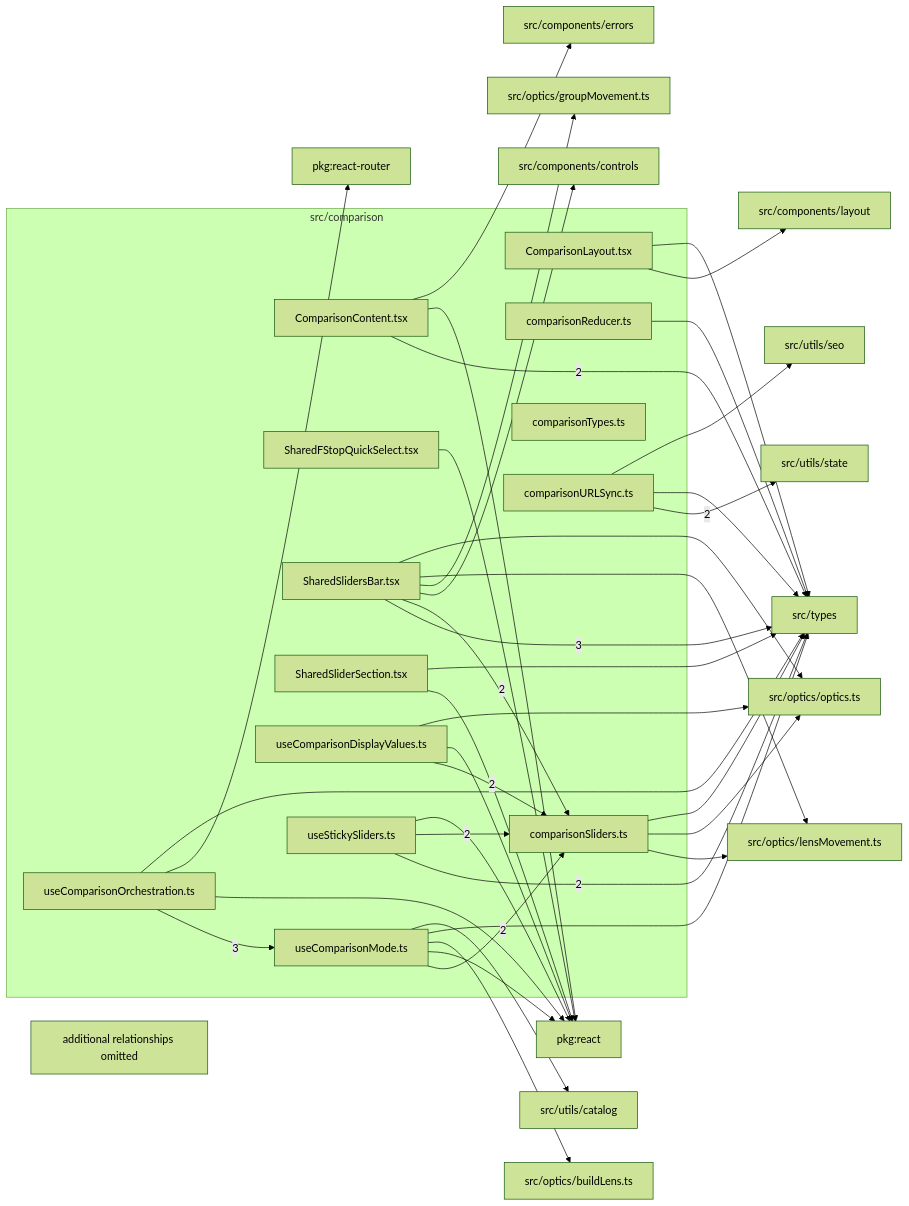
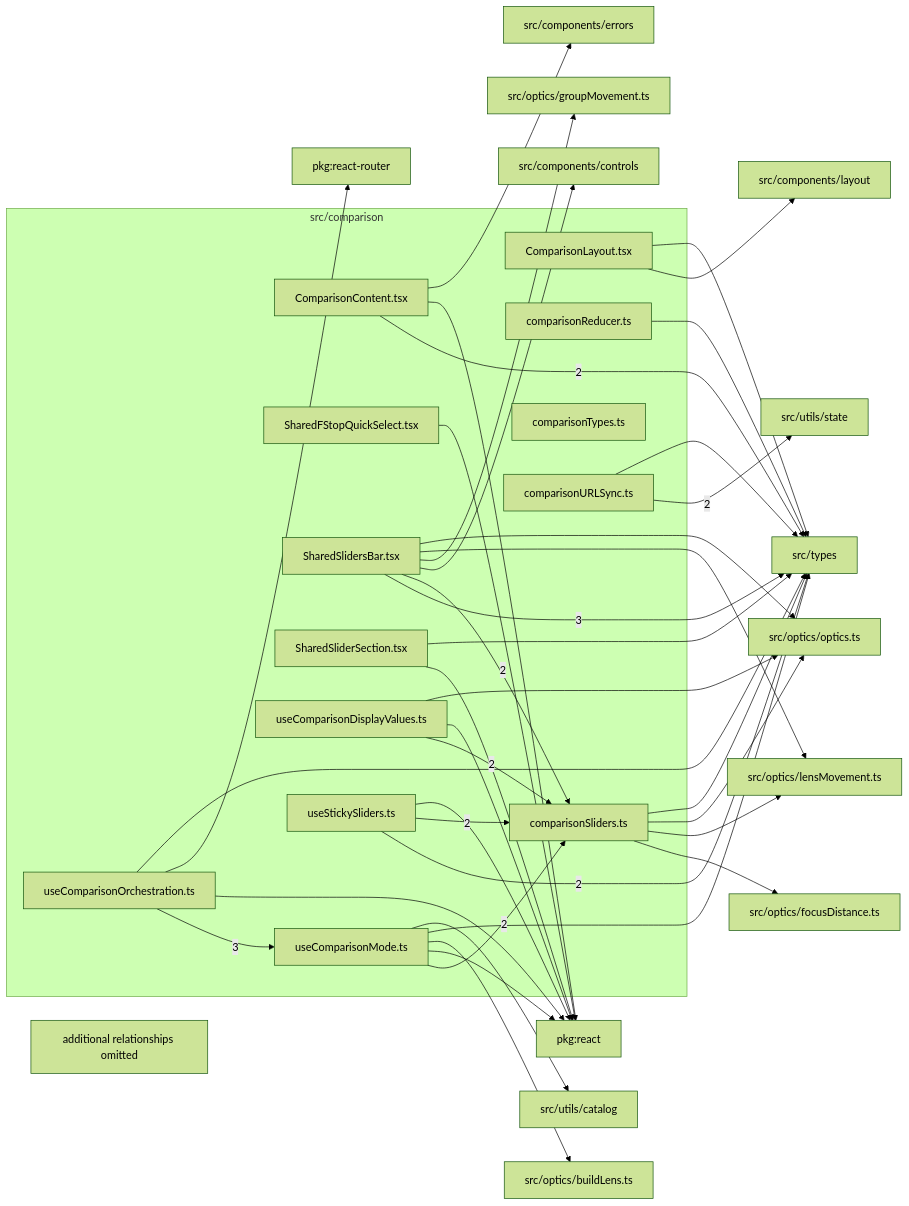
The diagram in src/comparison/readme.md (ronbuening/LensVisualizer), drawn with Mermaid (forest theme) before and after one commit. The commit also changed other lines of this file and 177 other files, not shown here.

First line of the commit message:
Audit the oldest 40 lens diagrams against patents (#704)

````diff
--- a/src/comparison/readme.md
+++ b/src/comparison/readme.md
@@ -9,68 +9,68 @@
 ```mermaid
 flowchart LR
   subgraph n_src_comparison["src/comparison"]
     n_src_comparison_src_comparison_ComparisonContent_tsx["ComparisonContent.tsx"]
     n_src_comparison_src_comparison_ComparisonLayout_tsx["ComparisonLayout.tsx"]
     n_src_comparison_src_comparison_comparisonReducer_ts["comparisonReducer.ts"]
     n_src_comparison_src_comparison_comparisonSliders_ts["comparisonSliders.ts"]
     n_src_comparison_src_comparison_comparisonTypes_ts["comparisonTypes.ts"]
     n_src_comparison_src_comparison_comparisonURLSync_ts["comparisonURLSync.ts"]
     n_src_comparison_src_comparison_SharedFStopQuickSelect_tsx["SharedFStopQuickSelect.tsx"]
     n_src_comparison_src_comparison_SharedSlidersBar_tsx["SharedSlidersBar.tsx"]
     n_src_comparison_src_comparison_SharedSliderSection_tsx["SharedSliderSection.tsx"]
     n_src_comparison_src_comparison_useComparisonDisplayValues_ts["useComparisonDisplayValues.ts"]
     n_src_comparison_src_comparison_useComparisonMode_ts["useComparisonMode.ts"]
     n_src_comparison_src_comparison_useComparisonOrchestration_ts["useComparisonOrchestration.ts"]
     n_src_comparison_src_comparison_useStickySliders_ts["useStickySliders.ts"]
   end
   n_external_src_types["src/types"]
   n_external_src_utils_state["src/utils/state"]
   n_external_pkg_react["pkg:react"]
   n_external_pkg_react_router["pkg:react-router"]
   n_external_src_components_controls["src/components/controls"]
   n_external_src_components_errors["src/components/errors"]
   n_external_src_components_layout["src/components/layout"]
   n_external_src_optics_buildLens_ts["src/optics/buildLens.ts"]
+  n_external_src_optics_focusDistance_ts["src/optics/focusDistance.ts"]
   n_external_src_optics_groupMovement_ts["src/optics/groupMovement.ts"]
   n_external_src_optics_lensMovement_ts["src/optics/lensMovement.ts"]
   n_external_src_optics_optics_ts["src/optics/optics.ts"]
   n_external_src_utils_catalog["src/utils/catalog"]
-  n_external_src_utils_seo["src/utils/seo"]
   n_src_comparison_src_comparison_SharedSlidersBar_tsx --> |3| n_external_src_types
   n_src_comparison_src_comparison_useComparisonOrchestration_ts --> |3| n_src_comparison_src_comparison_useComparisonMode_ts
   n_src_comparison_src_comparison_ComparisonContent_tsx --> |2| n_external_src_types
   n_src_comparison_src_comparison_useStickySliders_ts --> |2| n_external_src_types
   n_src_comparison_src_comparison_comparisonURLSync_ts --> |2| n_external_src_utils_state
   n_src_comparison_src_comparison_SharedSlidersBar_tsx --> |2| n_src_comparison_src_comparison_comparisonSliders_ts
   n_src_comparison_src_comparison_useComparisonDisplayValues_ts --> |2| n_src_comparison_src_comparison_comparisonSliders_ts
   n_src_comparison_src_comparison_useComparisonMode_ts --> |2| n_src_comparison_src_comparison_comparisonSliders_ts
   n_src_comparison_src_comparison_useStickySliders_ts --> |2| n_src_comparison_src_comparison_comparisonSliders_ts
   n_src_comparison_src_comparison_ComparisonContent_tsx --> n_external_pkg_react
   n_src_comparison_src_comparison_SharedFStopQuickSelect_tsx --> n_external_pkg_react
   n_src_comparison_src_comparison_SharedSliderSection_tsx --> n_external_pkg_react
   n_src_comparison_src_comparison_useComparisonDisplayValues_ts --> n_external_pkg_react
   n_src_comparison_src_comparison_useComparisonMode_ts --> n_external_pkg_react
   n_src_comparison_src_comparison_useComparisonOrchestration_ts --> n_external_pkg_react
   n_src_comparison_src_comparison_useStickySliders_ts --> n_external_pkg_react
   n_src_comparison_src_comparison_useComparisonOrchestration_ts --> n_external_pkg_react_router
   n_src_comparison_src_comparison_SharedSlidersBar_tsx --> n_external_src_components_controls
   n_src_comparison_src_comparison_ComparisonContent_tsx --> n_external_src_components_errors
   n_src_comparison_src_comparison_ComparisonLayout_tsx --> n_external_src_components_layout
   n_src_comparison_src_comparison_useComparisonMode_ts --> n_external_src_optics_buildLens_ts
+  n_src_comparison_src_comparison_comparisonSliders_ts --> n_external_src_optics_focusDistance_ts
   n_src_comparison_src_comparison_SharedSlidersBar_tsx --> n_external_src_optics_groupMovement_ts
   n_src_comparison_src_comparison_comparisonSliders_ts --> n_external_src_optics_lensMovement_ts
   n_src_comparison_src_comparison_SharedSlidersBar_tsx --> n_external_src_optics_lensMovement_ts
   n_src_comparison_src_comparison_comparisonSliders_ts --> n_external_src_optics_optics_ts
   n_src_comparison_src_comparison_SharedSlidersBar_tsx --> n_external_src_optics_optics_ts
   n_src_comparison_src_comparison_useComparisonDisplayValues_ts --> n_external_src_optics_optics_ts
   n_src_comparison_src_comparison_ComparisonLayout_tsx --> n_external_src_types
   n_src_comparison_src_comparison_comparisonReducer_ts --> n_external_src_types
   n_src_comparison_src_comparison_comparisonSliders_ts --> n_external_src_types
   n_src_comparison_src_comparison_comparisonURLSync_ts --> n_external_src_types
   n_src_comparison_src_comparison_SharedSliderSection_tsx --> n_external_src_types
   n_src_comparison_src_comparison_useComparisonMode_ts --> n_external_src_types
   n_src_comparison_src_comparison_useComparisonOrchestration_ts --> n_external_src_types
   n_src_comparison_src_comparison_useComparisonMode_ts --> n_external_src_utils_catalog
-  n_src_comparison_src_comparison_comparisonURLSync_ts --> n_external_src_utils_seo
   n_src_comparison_truncated["additional relationships omitted"]
 ```
````
